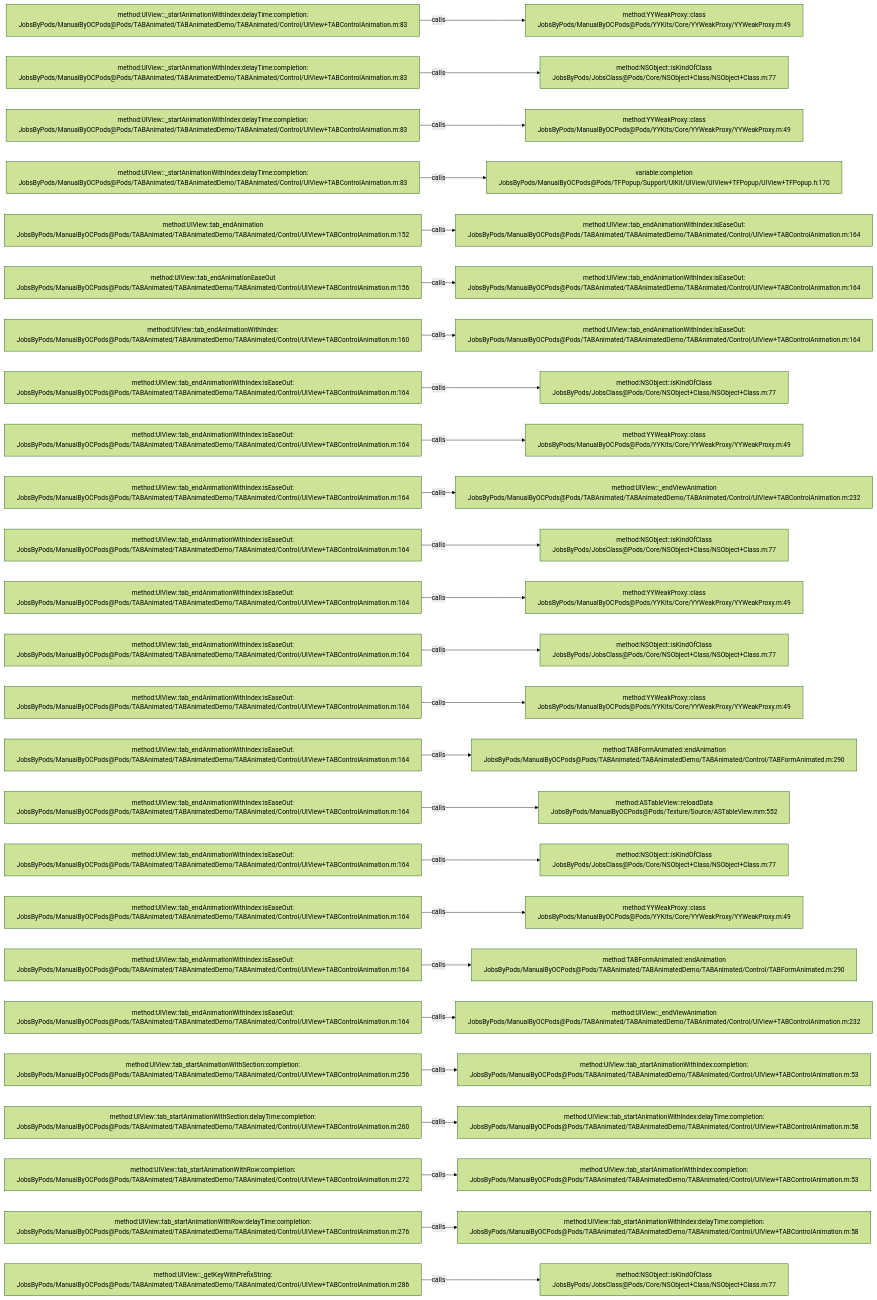
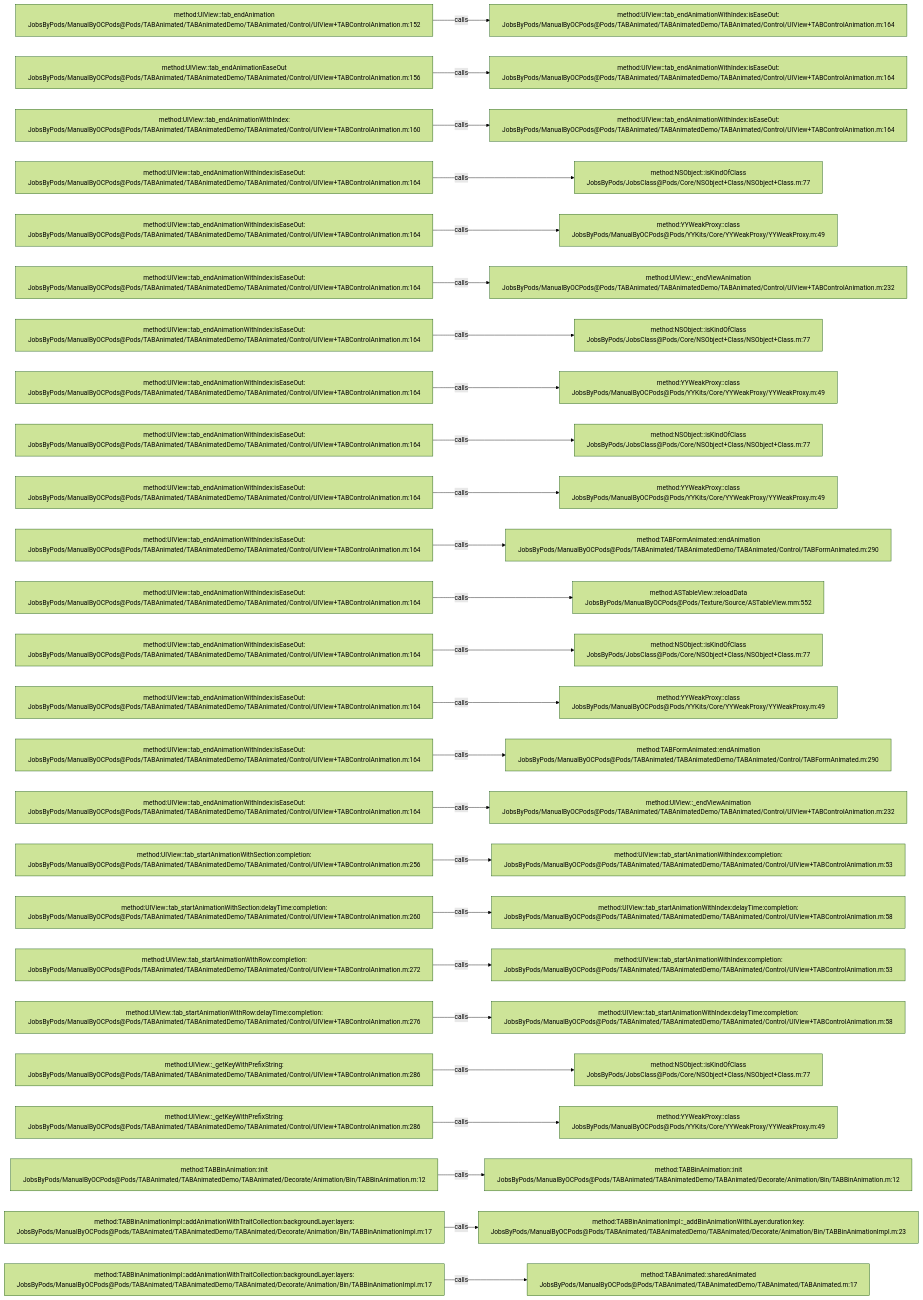
Before and after one commit to JobsKits/JobsOCBaseConfigDemo: the diagram in .codegraph/codegraph.md/graphs/calls-025.md, drawn with Mermaid (forest theme). The commit also changed 727 other files, not shown here.

````diff
--- a/.codegraph/codegraph.md/graphs/calls-025.md
+++ b/.codegraph/codegraph.md/graphs/calls-025.md
@@ -13,78 +13,78 @@
 ```mermaid
 flowchart LR
-  S1["method:UIView::_startAnimationWithIndex:delayTime:completion:<br/>JobsByPods/ManualByOCPods@Pods/TABAnimated/TABAnimatedDemo/TABAnimated/Control/UIView+TABControlAnimation.m:83"]
-  T1["method:YYWeakProxy::class<br/>JobsByPods/ManualByOCPods@Pods/YYKits/Core/YYWeakProxy/YYWeakProxy.m:49"]
+  S1["method:UIView::tab_endAnimation<br/>JobsByPods/ManualByOCPods@Pods/TABAnimated/TABAnimatedDemo/TABAnimated/Control/UIView+TABControlAnimation.m:152"]
+  T1["method:UIView::tab_endAnimationWithIndex:isEaseOut:<br/>JobsByPods/ManualByOCPods@Pods/TABAnimated/TABAnimatedDemo/TABAnimated/Control/UIView+TABControlAnimation.m:164"]
   S1 -->|calls| T1
-  S2["method:UIView::_startAnimationWithIndex:delayTime:completion:<br/>JobsByPods/ManualByOCPods@Pods/TABAnimated/TABAnimatedDemo/TABAnimated/Control/UIView+TABControlAnimation.m:83"]
-  T2["method:NSObject::isKindOfClass<br/>JobsByPods/JobsClass@Pods/Core/NSObject+Class/NSObject+Class.m:77"]
+  S2["method:UIView::tab_endAnimationEaseOut<br/>JobsByPods/ManualByOCPods@Pods/TABAnimated/TABAnimatedDemo/TABAnimated/Control/UIView+TABControlAnimation.m:156"]
+  T2["method:UIView::tab_endAnimationWithIndex:isEaseOut:<br/>JobsByPods/ManualByOCPods@Pods/TABAnimated/TABAnimatedDemo/TABAnimated/Control/UIView+TABControlAnimation.m:164"]
   S2 -->|calls| T2
-  S3["method:UIView::_startAnimationWithIndex:delayTime:completion:<br/>JobsByPods/ManualByOCPods@Pods/TABAnimated/TABAnimatedDemo/TABAnimated/Control/UIView+TABControlAnimation.m:83"]
-  T3["method:YYWeakProxy::class<br/>JobsByPods/ManualByOCPods@Pods/YYKits/Core/YYWeakProxy/YYWeakProxy.m:49"]
+  S3["method:UIView::tab_endAnimationWithIndex:<br/>JobsByPods/ManualByOCPods@Pods/TABAnimated/TABAnimatedDemo/TABAnimated/Control/UIView+TABControlAnimation.m:160"]
+  T3["method:UIView::tab_endAnimationWithIndex:isEaseOut:<br/>JobsByPods/ManualByOCPods@Pods/TABAnimated/TABAnimatedDemo/TABAnimated/Control/UIView+TABControlAnimation.m:164"]
   S3 -->|calls| T3
-  S4["method:UIView::_startAnimationWithIndex:delayTime:completion:<br/>JobsByPods/ManualByOCPods@Pods/TABAnimated/TABAnimatedDemo/TABAnimated/Control/UIView+TABControlAnimation.m:83"]
-  T4["variable:completion<br/>JobsByPods/ManualByOCPods@Pods/TFPopup/Support/UIKit/UIView/UIView+TFPopup/UIView+TFPopup.h:170"]
+  S4["method:UIView::tab_endAnimationWithIndex:isEaseOut:<br/>JobsByPods/ManualByOCPods@Pods/TABAnimated/TABAnimatedDemo/TABAnimated/Control/UIView+TABControlAnimation.m:164"]
+  T4["method:NSObject::isKindOfClass<br/>JobsByPods/JobsClass@Pods/Core/NSObject+Class/NSObject+Class.m:77"]
   S4 -->|calls| T4
-  S5["method:UIView::tab_endAnimation<br/>JobsByPods/ManualByOCPods@Pods/TABAnimated/TABAnimatedDemo/TABAnimated/Control/UIView+TABControlAnimation.m:152"]
-  T5["method:UIView::tab_endAnimationWithIndex:isEaseOut:<br/>JobsByPods/ManualByOCPods@Pods/TABAnimated/TABAnimatedDemo/TABAnimated/Control/UIView+TABControlAnimation.m:164"]
+  S5["method:UIView::tab_endAnimationWithIndex:isEaseOut:<br/>JobsByPods/ManualByOCPods@Pods/TABAnimated/TABAnimatedDemo/TABAnimated/Control/UIView+TABControlAnimation.m:164"]
+  T5["method:YYWeakProxy::class<br/>JobsByPods/ManualByOCPods@Pods/YYKits/Core/YYWeakProxy/YYWeakProxy.m:49"]
   S5 -->|calls| T5
-  S6["method:UIView::tab_endAnimationEaseOut<br/>JobsByPods/ManualByOCPods@Pods/TABAnimated/TABAnimatedDemo/TABAnimated/Control/UIView+TABControlAnimation.m:156"]
-  T6["method:UIView::tab_endAnimationWithIndex:isEaseOut:<br/>JobsByPods/ManualByOCPods@Pods/TABAnimated/TABAnimatedDemo/TABAnimated/Control/UIView+TABControlAnimation.m:164"]
+  S6["method:UIView::tab_endAnimationWithIndex:isEaseOut:<br/>JobsByPods/ManualByOCPods@Pods/TABAnimated/TABAnimatedDemo/TABAnimated/Control/UIView+TABControlAnimation.m:164"]
+  T6["method:UIView::_endViewAnimation<br/>JobsByPods/ManualByOCPods@Pods/TABAnimated/TABAnimatedDemo/TABAnimated/Control/UIView+TABControlAnimation.m:232"]
   S6 -->|calls| T6
-  S7["method:UIView::tab_endAnimationWithIndex:<br/>JobsByPods/ManualByOCPods@Pods/TABAnimated/TABAnimatedDemo/TABAnimated/Control/UIView+TABControlAnimation.m:160"]
-  T7["method:UIView::tab_endAnimationWithIndex:isEaseOut:<br/>JobsByPods/ManualByOCPods@Pods/TABAnimated/TABAnimatedDemo/TABAnimated/Control/UIView+TABControlAnimation.m:164"]
+  S7["method:UIView::tab_endAnimationWithIndex:isEaseOut:<br/>JobsByPods/ManualByOCPods@Pods/TABAnimated/TABAnimatedDemo/TABAnimated/Control/UIView+TABControlAnimation.m:164"]
+  T7["method:NSObject::isKindOfClass<br/>JobsByPods/JobsClass@Pods/Core/NSObject+Class/NSObject+Class.m:77"]
   S7 -->|calls| T7
   S8["method:UIView::tab_endAnimationWithIndex:isEaseOut:<br/>JobsByPods/ManualByOCPods@Pods/TABAnimated/TABAnimatedDemo/TABAnimated/Control/UIView+TABControlAnimation.m:164"]
-  T8["method:NSObject::isKindOfClass<br/>JobsByPods/JobsClass@Pods/Core/NSObject+Class/NSObject+Class.m:77"]
+  T8["method:YYWeakProxy::class<br/>JobsByPods/ManualByOCPods@Pods/YYKits/Core/YYWeakProxy/YYWeakProxy.m:49"]
   S8 -->|calls| T8
   S9["method:UIView::tab_endAnimationWithIndex:isEaseOut:<br/>JobsByPods/ManualByOCPods@Pods/TABAnimated/TABAnimatedDemo/TABAnimated/Control/UIView+TABControlAnimation.m:164"]
-  T9["method:YYWeakProxy::class<br/>JobsByPods/ManualByOCPods@Pods/YYKits/Core/YYWeakProxy/YYWeakProxy.m:49"]
+  T9["method:NSObject::isKindOfClass<br/>JobsByPods/JobsClass@Pods/Core/NSObject+Class/NSObject+Class.m:77"]
   S9 -->|calls| T9
   S10["method:UIView::tab_endAnimationWithIndex:isEaseOut:<br/>JobsByPods/ManualByOCPods@Pods/TABAnimated/TABAnimatedDemo/TABAnimated/Control/UIView+TABControlAnimation.m:164"]
-  T10["method:UIView::_endViewAnimation<br/>JobsByPods/ManualByOCPods@Pods/TABAnimated/TABAnimatedDemo/TABAnimated/Control/UIView+TABControlAnimation.m:232"]
+  T10["method:YYWeakProxy::class<br/>JobsByPods/ManualByOCPods@Pods/YYKits/Core/YYWeakProxy/YYWeakProxy.m:49"]
   S10 -->|calls| T10
   S11["method:UIView::tab_endAnimationWithIndex:isEaseOut:<br/>JobsByPods/ManualByOCPods@Pods/TABAnimated/TABAnimatedDemo/TABAnimated/Control/UIView+TABControlAnimation.m:164"]
-  T11["method:NSObject::isKindOfClass<br/>JobsByPods/JobsClass@Pods/Core/NSObject+Class/NSObject+Class.m:77"]
+  T11["method:TABFormAnimated::endAnimation<br/>JobsByPods/ManualByOCPods@Pods/TABAnimated/TABAnimatedDemo/TABAnimated/Control/TABFormAnimated.m:290"]
   S11 -->|calls| T11
   S12["method:UIView::tab_endAnimationWithIndex:isEaseOut:<br/>JobsByPods/ManualByOCPods@Pods/TABAnimated/TABAnimatedDemo/TABAnimated/Control/UIView+TABControlAnimation.m:164"]
-  T12["method:YYWeakProxy::class<br/>JobsByPods/ManualByOCPods@Pods/YYKits/Core/YYWeakProxy/YYWeakProxy.m:49"]
+  T12["method:ASTableView::reloadData<br/>JobsByPods/ManualByOCPods@Pods/Texture/Source/ASTableView.mm:552"]
   S12 -->|calls| T12
   S13["method:UIView::tab_endAnimationWithIndex:isEaseOut:<br/>JobsByPods/ManualByOCPods@Pods/TABAnimated/TABAnimatedDemo/TABAnimated/Control/UIView+TABControlAnimation.m:164"]
   T13["method:NSObject::isKindOfClass<br/>JobsByPods/JobsClass@Pods/Core/NSObject+Class/NSObject+Class.m:77"]
   S13 -->|calls| T13
   S14["method:UIView::tab_endAnimationWithIndex:isEaseOut:<br/>JobsByPods/ManualByOCPods@Pods/TABAnimated/TABAnimatedDemo/TABAnimated/Control/UIView+TABControlAnimation.m:164"]
   T14["method:YYWeakProxy::class<br/>JobsByPods/ManualByOCPods@Pods/YYKits/Core/YYWeakProxy/YYWeakProxy.m:49"]
   S14 -->|calls| T14
   S15["method:UIView::tab_endAnimationWithIndex:isEaseOut:<br/>JobsByPods/ManualByOCPods@Pods/TABAnimated/TABAnimatedDemo/TABAnimated/Control/UIView+TABControlAnimation.m:164"]
   T15["method:TABFormAnimated::endAnimation<br/>JobsByPods/ManualByOCPods@Pods/TABAnimated/TABAnimatedDemo/TABAnimated/Control/TABFormAnimated.m:290"]
   S15 -->|calls| T15
   S16["method:UIView::tab_endAnimationWithIndex:isEaseOut:<br/>JobsByPods/ManualByOCPods@Pods/TABAnimated/TABAnimatedDemo/TABAnimated/Control/UIView+TABControlAnimation.m:164"]
-  T16["method:ASTableView::reloadData<br/>JobsByPods/ManualByOCPods@Pods/Texture/Source/ASTableView.mm:552"]
+  T16["method:UIView::_endViewAnimation<br/>JobsByPods/ManualByOCPods@Pods/TABAnimated/TABAnimatedDemo/TABAnimated/Control/UIView+TABControlAnimation.m:232"]
   S16 -->|calls| T16
-  S17["method:UIView::tab_endAnimationWithIndex:isEaseOut:<br/>JobsByPods/ManualByOCPods@Pods/TABAnimated/TABAnimatedDemo/TABAnimated/Control/UIView+TABControlAnimation.m:164"]
-  T17["method:NSObject::isKindOfClass<br/>JobsByPods/JobsClass@Pods/Core/NSObject+Class/NSObject+Class.m:77"]
+  S17["method:UIView::tab_startAnimationWithSection:completion:<br/>JobsByPods/ManualByOCPods@Pods/TABAnimated/TABAnimatedDemo/TABAnimated/Control/UIView+TABControlAnimation.m:256"]
+  T17["method:UIView::tab_startAnimationWithIndex:completion:<br/>JobsByPods/ManualByOCPods@Pods/TABAnimated/TABAnimatedDemo/TABAnimated/Control/UIView+TABControlAnimation.m:53"]
   S17 -->|calls| T17
-  S18["method:UIView::tab_endAnimationWithIndex:isEaseOut:<br/>JobsByPods/ManualByOCPods@Pods/TABAnimated/TABAnimatedDemo/TABAnimated/Control/UIView+TABControlAnimation.m:164"]
-  T18["method:YYWeakProxy::class<br/>JobsByPods/ManualByOCPods@Pods/YYKits/Core/YYWeakProxy/YYWeakProxy.m:49"]
+  S18["method:UIView::tab_startAnimationWithSection:delayTime:completion:<br/>JobsByPods/ManualByOCPods@Pods/TABAnimated/TABAnimatedDemo/TABAnimated/Control/UIView+TABControlAnimation.m:260"]
+  T18["method:UIView::tab_startAnimationWithIndex:delayTime:completion:<br/>JobsByPods/ManualByOCPods@Pods/TABAnimated/TABAnimatedDemo/TABAnimated/Control/UIView+TABControlAnimation.m:58"]
   S18 -->|calls| T18
-  S19["method:UIView::tab_endAnimationWithIndex:isEaseOut:<br/>JobsByPods/ManualByOCPods@Pods/TABAnimated/TABAnimatedDemo/TABAnimated/Control/UIView+TABControlAnimation.m:164"]
-  T19["method:TABFormAnimated::endAnimation<br/>JobsByPods/ManualByOCPods@Pods/TABAnimated/TABAnimatedDemo/TABAnimated/Control/TABFormAnimated.m:290"]
+  S19["method:UIView::tab_startAnimationWithRow:completion:<br/>JobsByPods/ManualByOCPods@Pods/TABAnimated/TABAnimatedDemo/TABAnimated/Control/UIView+TABControlAnimation.m:272"]
+  T19["method:UIView::tab_startAnimationWithIndex:completion:<br/>JobsByPods/ManualByOCPods@Pods/TABAnimated/TABAnimatedDemo/TABAnimated/Control/UIView+TABControlAnimation.m:53"]
   S19 -->|calls| T19
-  S20["method:UIView::tab_endAnimationWithIndex:isEaseOut:<br/>JobsByPods/ManualByOCPods@Pods/TABAnimated/TABAnimatedDemo/TABAnimated/Control/UIView+TABControlAnimation.m:164"]
-  T20["method:UIView::_endViewAnimation<br/>JobsByPods/ManualByOCPods@Pods/TABAnimated/TABAnimatedDemo/TABAnimated/Control/UIView+TABControlAnimation.m:232"]
+  S20["method:UIView::tab_startAnimationWithRow:delayTime:completion:<br/>JobsByPods/ManualByOCPods@Pods/TABAnimated/TABAnimatedDemo/TABAnimated/Control/UIView+TABControlAnimation.m:276"]
+  T20["method:UIView::tab_startAnimationWithIndex:delayTime:completion:<br/>JobsByPods/ManualByOCPods@Pods/TABAnimated/TABAnimatedDemo/TABAnimated/Control/UIView+TABControlAnimation.m:58"]
   S20 -->|calls| T20
-  S21["method:UIView::tab_startAnimationWithSection:completion:<br/>JobsByPods/ManualByOCPods@Pods/TABAnimated/TABAnimatedDemo/TABAnimated/Control/UIView+TABControlAnimation.m:256"]
-  T21["method:UIView::tab_startAnimationWithIndex:completion:<br/>JobsByPods/ManualByOCPods@Pods/TABAnimated/TABAnimatedDemo/TABAnimated/Control/UIView+TABControlAnimation.m:53"]
+  S21["method:UIView::_getKeyWithPrefixString:<br/>JobsByPods/ManualByOCPods@Pods/TABAnimated/TABAnimatedDemo/TABAnimated/Control/UIView+TABControlAnimation.m:286"]
+  T21["method:NSObject::isKindOfClass<br/>JobsByPods/JobsClass@Pods/Core/NSObject+Class/NSObject+Class.m:77"]
   S21 -->|calls| T21
-  S22["method:UIView::tab_startAnimationWithSection:delayTime:completion:<br/>JobsByPods/ManualByOCPods@Pods/TABAnimated/TABAnimatedDemo/TABAnimated/Control/UIView+TABControlAnimation.m:260"]
-  T22["method:UIView::tab_startAnimationWithIndex:delayTime:completion:<br/>JobsByPods/ManualByOCPods@Pods/TABAnimated/TABAnimatedDemo/TABAnimated/Control/UIView+TABControlAnimation.m:58"]
+  S22["method:UIView::_getKeyWithPrefixString:<br/>JobsByPods/ManualByOCPods@Pods/TABAnimated/TABAnimatedDemo/TABAnimated/Control/UIView+TABControlAnimation.m:286"]
+  T22["method:YYWeakProxy::class<br/>JobsByPods/ManualByOCPods@Pods/YYKits/Core/YYWeakProxy/YYWeakProxy.m:49"]
   S22 -->|calls| T22
-  S23["method:UIView::tab_startAnimationWithRow:completion:<br/>JobsByPods/ManualByOCPods@Pods/TABAnimated/TABAnimatedDemo/TABAnimated/Control/UIView+TABControlAnimation.m:272"]
-  T23["method:UIView::tab_startAnimationWithIndex:completion:<br/>JobsByPods/ManualByOCPods@Pods/TABAnimated/TABAnimatedDemo/TABAnimated/Control/UIView+TABControlAnimation.m:53"]
+  S23["method:TABBinAnimation::init<br/>JobsByPods/ManualByOCPods@Pods/TABAnimated/TABAnimatedDemo/TABAnimated/Decorate/Animation/Bin/TABBinAnimation.m:12"]
+  T23["method:TABBinAnimation::init<br/>JobsByPods/ManualByOCPods@Pods/TABAnimated/TABAnimatedDemo/TABAnimated/Decorate/Animation/Bin/TABBinAnimation.m:12"]
   S23 -->|calls| T23
-  S24["method:UIView::tab_startAnimationWithRow:delayTime:completion:<br/>JobsByPods/ManualByOCPods@Pods/TABAnimated/TABAnimatedDemo/TABAnimated/Control/UIView+TABControlAnimation.m:276"]
-  T24["method:UIView::tab_startAnimationWithIndex:delayTime:completion:<br/>JobsByPods/ManualByOCPods@Pods/TABAnimated/TABAnimatedDemo/TABAnimated/Control/UIView+TABControlAnimation.m:58"]
+  S24["method:TABBinAnimationImpl::addAnimationWithTraitCollection:backgroundLayer:layers:<br/>JobsByPods/ManualByOCPods@Pods/TABAnimated/TABAnimatedDemo/TABAnimated/Decorate/Animation/Bin/TABBinAnimationImpl.m:17"]
+  T24["method:TABBinAnimationImpl::_addBinAnimationWithLayer:duration:key:<br/>JobsByPods/ManualByOCPods@Pods/TABAnimated/TABAnimatedDemo/TABAnimated/Decorate/Animation/Bin/TABBinAnimationImpl.m:23"]
   S24 -->|calls| T24
-  S25["method:UIView::_getKeyWithPrefixString:<br/>JobsByPods/ManualByOCPods@Pods/TABAnimated/TABAnimatedDemo/TABAnimated/Control/UIView+TABControlAnimation.m:286"]
-  T25["method:NSObject::isKindOfClass<br/>JobsByPods/JobsClass@Pods/Core/NSObject+Class/NSObject+Class.m:77"]
+  S25["method:TABBinAnimationImpl::addAnimationWithTraitCollection:backgroundLayer:layers:<br/>JobsByPods/ManualByOCPods@Pods/TABAnimated/TABAnimatedDemo/TABAnimated/Decorate/Animation/Bin/TABBinAnimationImpl.m:17"]
+  T25["method:TABAnimated::sharedAnimated<br/>JobsByPods/ManualByOCPods@Pods/TABAnimated/TABAnimatedDemo/TABAnimated/TABAnimated.m:17"]
   S25 -->|calls| T25
 ```
````
